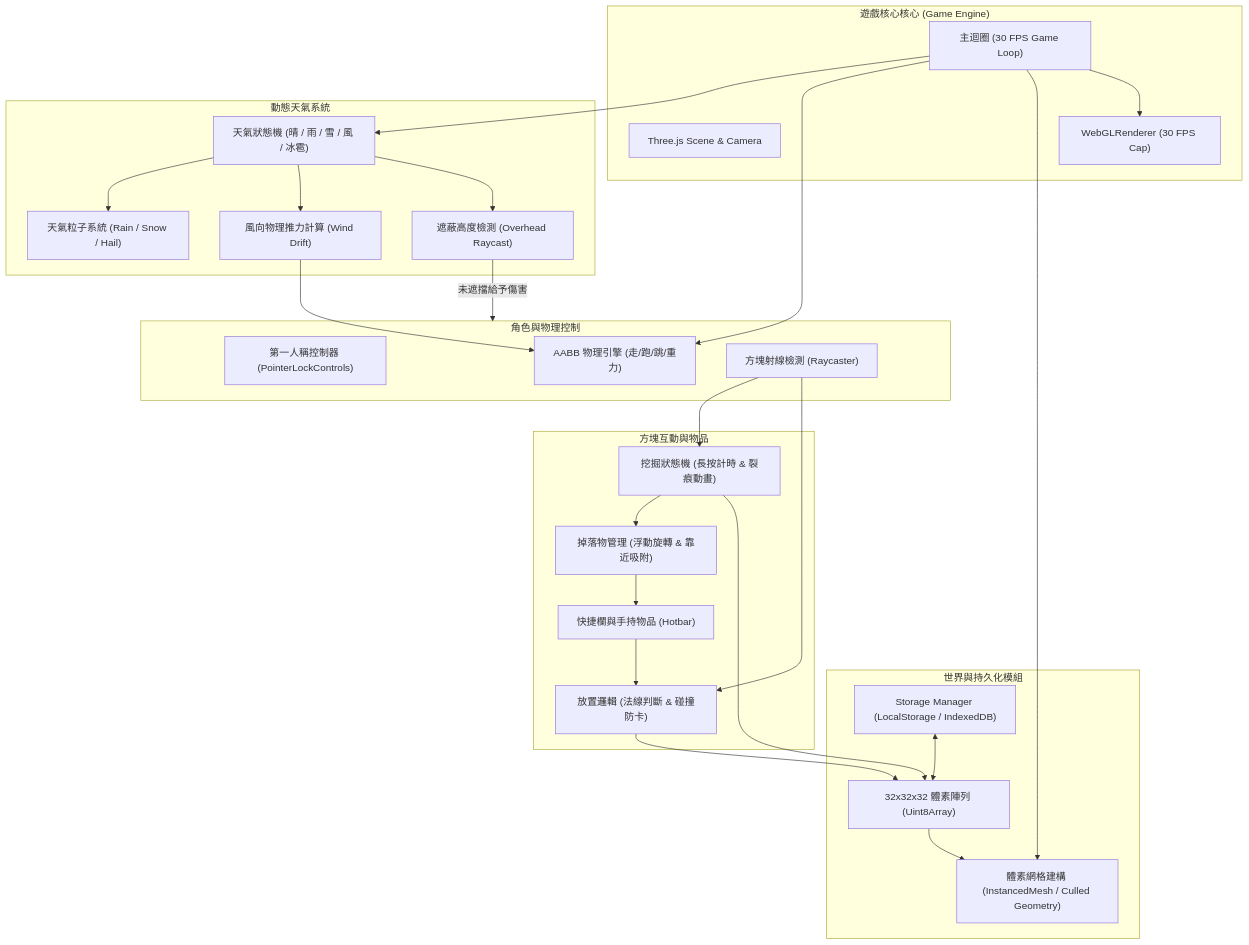
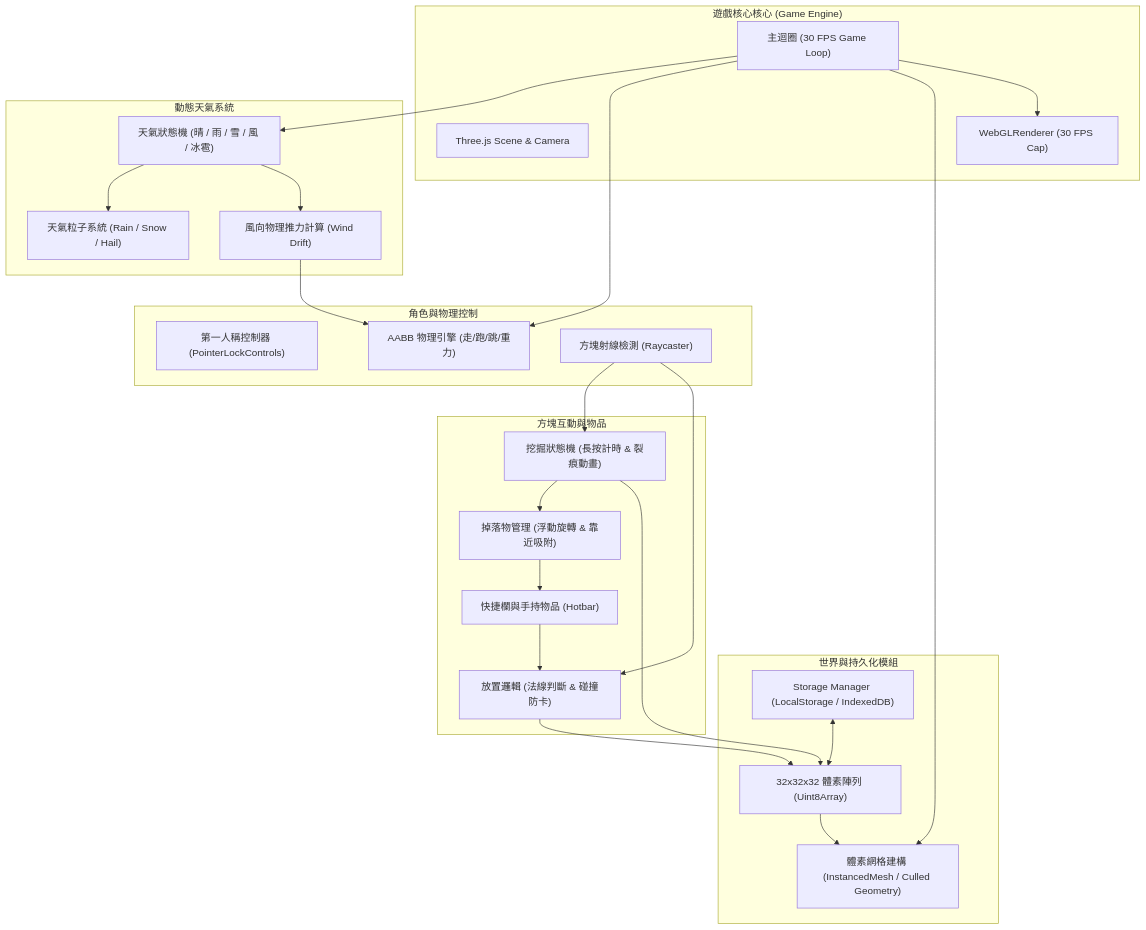
One commit to Asterisk12050624/design changed the diagram in BRIEF.md. Above: the diagram before and after it, drawn with Mermaid. The commit also changed other lines of this file and 3 other files, not shown here.

````diff
--- a/BRIEF.md
+++ b/BRIEF.md
@@ -90,55 +88,52 @@
 ```mermaid
 flowchart TD
     subgraph Core ["遊戲核心核心 (Game Engine)"]
         Loop["主迴圈 (30 FPS Game Loop)"]
         Scene["Three.js Scene & Camera"]
         Renderer["WebGLRenderer (30 FPS Cap)"]
     end
 
     subgraph WorldSub ["世界與持久化模組"]
         WorldData["32x32x32 體素陣列 (Uint8Array)"]
         Storage["Storage Manager (LocalStorage / IndexedDB)"]
         MeshBuilder["體素網格建構 (InstancedMesh / Culled Geometry)"]
         Storage <--> WorldData
         WorldData --> MeshBuilder
     end
 
     subgraph PlayerSub ["角色與物理控制"]
         Controller["第一人稱控制器 (PointerLockControls)"]
         Physics["AABB 物理引擎 (走/跑/跳/重力)"]
         Raycast["方塊射線檢測 (Raycaster)"]
     end
 
     subgraph WeatherSub ["動態天氣系統"]
         WeatherMgr["天氣狀態機 (晴 / 雨 / 雪 / 風 / 冰雹)"]
         ParticleSystem["天氣粒子系統 (Rain / Snow / Hail)"]
         WindForce["風向物理推力計算 (Wind Drift)"]
-        HailCheck["遮蔽高度檢測 (Overhead Raycast)"]
         WeatherMgr --> ParticleSystem
         WeatherMgr --> WindForce
-        WeatherMgr --> HailCheck
     end
 
     subgraph InteractionSub ["方塊互動與物品"]
         Mining["挖掘狀態機 (長按計時 & 裂痕動畫)"]
         Placement["放置邏輯 (法線判斷 & 碰撞防卡)"]
         Drops["掉落物管理 (浮動旋轉 & 靠近吸附)"]
         Inventory["快捷欄與手持物品 (Hotbar)"]
     end
 
     Loop --> WeatherMgr
     Loop --> Physics
     Loop --> MeshBuilder
     Loop --> Renderer
 
     WindForce --> Physics
-    HailCheck -->|未遮擋給予傷害| PlayerSub
 
     Raycast --> Mining
     Raycast --> Placement
     Mining --> Drops
     Drops --> Inventory
     Inventory --> Placement
     Placement --> WorldData
     Mining --> WorldData
 ```
````
